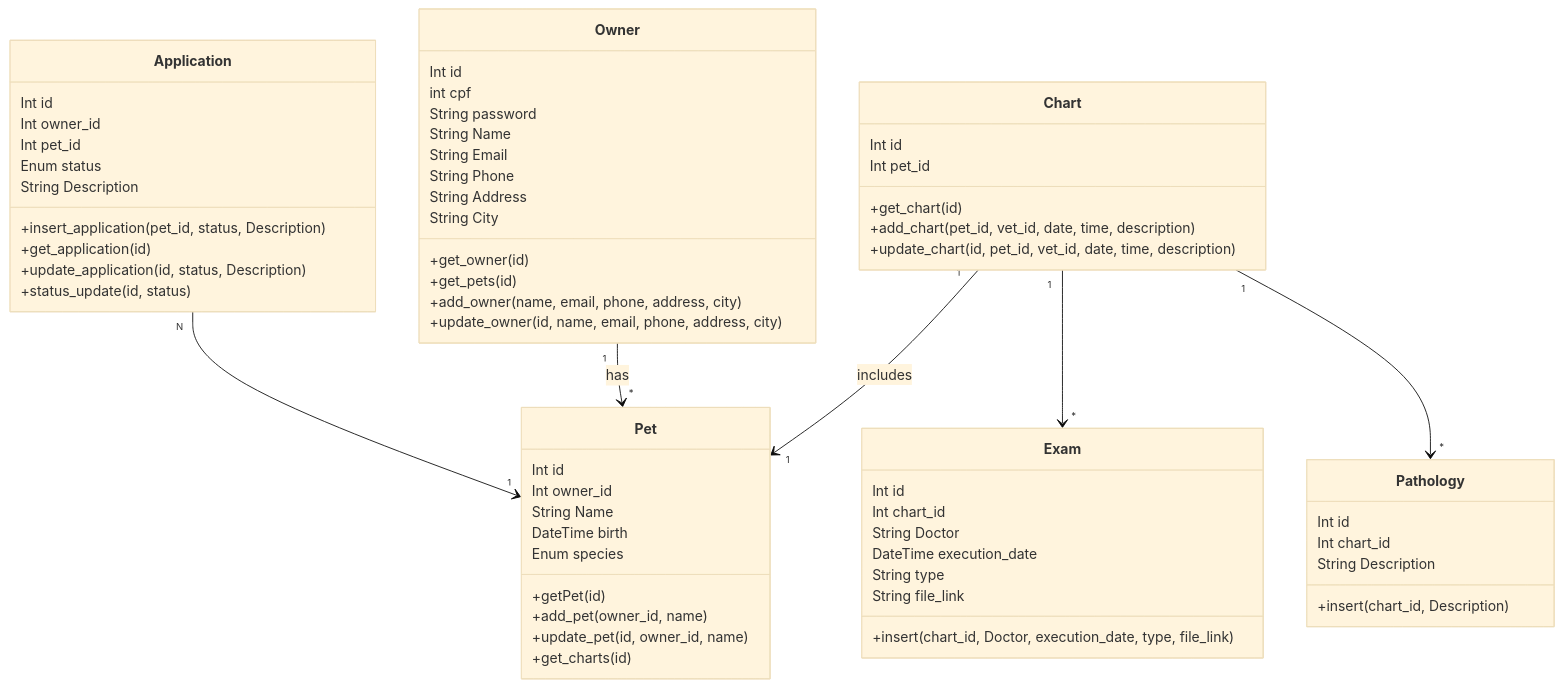
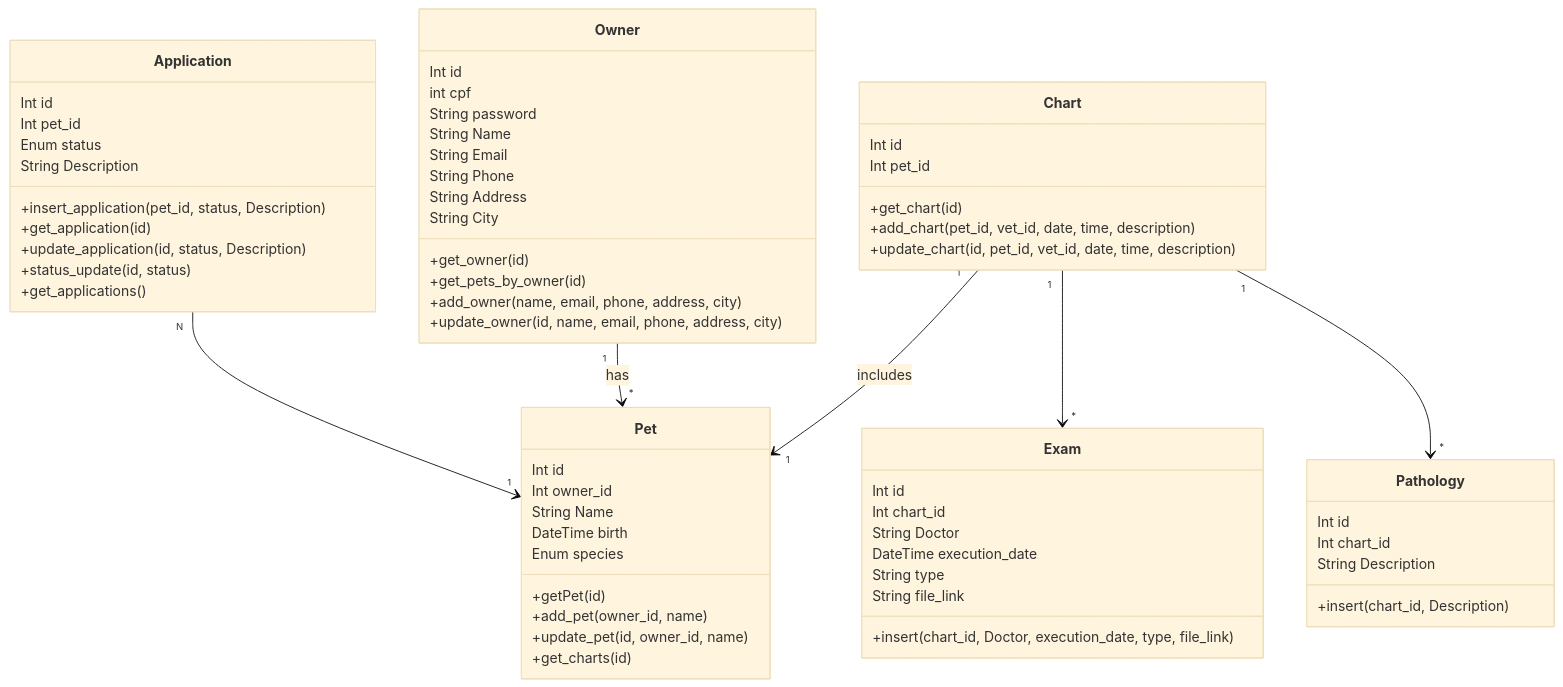
Before and after one commit to RCristiano/api-agenda: the first of 2 diagrams in README.md, drawn with Mermaid (base theme). The commit also changed other lines of this file, not shown here.

Commit message:
📝 Update docs

````diff
--- a/README.md
+++ b/README.md
@@ -7,66 +7,66 @@
 ```mermaid
 classDiagram
     class Application{
         Int id
-        Int owner_id
         Int pet_id
         Enum status
         String Description
         +insert_application(pet_id, status, Description)
         +get_application(id)
         +update_application(id, status, Description)
         +status_update(id, status)
+        +get_applications()
     }
     class Owner{
         Int id
         int cpf
         String password
         String Name
         String Email
         String Phone
         String Address
         String City
         +get_owner(id)
-        +get_pets(id)
+        +get_pets_by_owner(id)
         +add_owner(name, email, phone, address, city)
         +update_owner(id, name, email, phone, address, city)
     }
     class Pet{
         Int id
         Int owner_id
         String Name
         DateTime birth
         Enum species
         +getPet(id)
         +add_pet(owner_id, name)
         +update_pet(id, owner_id, name)
         +get_charts(id)
     }
     class Chart{
         Int id
         Int pet_id
         +get_chart(id)
         +add_chart(pet_id, vet_id, date, time, description)
         +update_chart(id, pet_id, vet_id, date, time, description)
     }
     class Exam{
         Int id
         Int chart_id
         String Doctor
         DateTime execution_date
         String type
         String file_link
         +insert(chart_id, Doctor, execution_date, type, file_link)
     }
     class Pathology{
         Int id
         Int chart_id
         String Description
         +insert(chart_id, Description)
     }
     Application "N" --> "1" Pet
     Owner "1" --> "*" Pet : has
     Chart "1" --> "1" Pet : includes
     Chart "1" --> "*" Exam
     Chart "1" --> "*" Pathology
 ```
````
